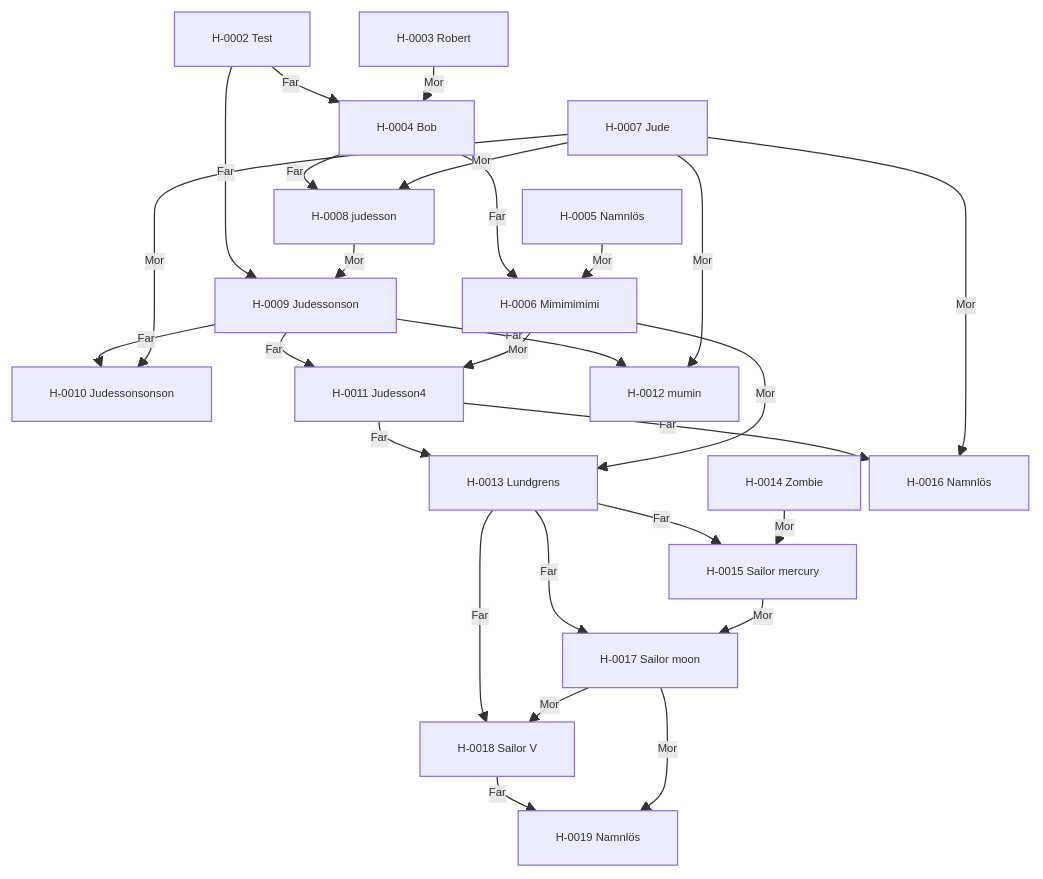
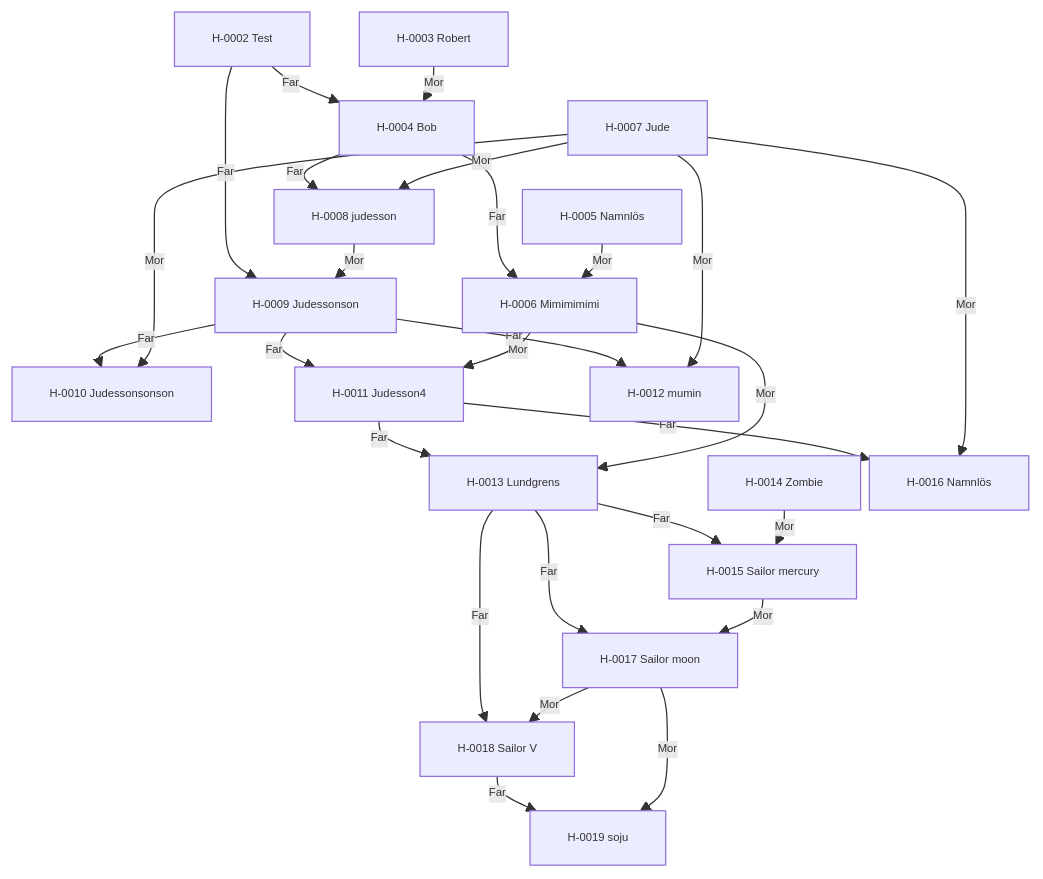
The diagram in content/02. Register/02.3 Stamtavlor/Stamtavla H-0002.md (awoltmp/horse-registry), drawn with Mermaid before and after one commit. The commit also changed other lines of this file and 52 other files, not shown here.

````diff
--- a/content/02. Register/02.3 Stamtavlor/Stamtavla H-0002.md
+++ b/content/02. Register/02.3 Stamtavlor/Stamtavla H-0002.md
@@ -23,49 +23,49 @@
 ```mermaid
 %%{init: {"flowchart": {"nodeSpacing": 7, "rankSpacing": 14, "curve": "basis", "htmlLabels": true}, "themeVariables": {"fontSize": "9px"}}}%%
 flowchart TB
     h0["H-0002 Test"]
     h1["H-0003 Robert"]
     h2["H-0004 Bob"]
     h3["H-0005 Namnlös"]
     h4["H-0006 Mimimimimi"]
     h5["H-0007 Jude"]
     h6["H-0008 judesson"]
     h7["H-0009 Judessonson"]
     h8["H-0010 Judessonsonson"]
     h9["H-0011 Judesson4"]
     h10["H-0012 mumin"]
     h11["H-0013 Lundgrens"]
     h12["H-0014 Zombie"]
     h13["H-0015 Sailor mercury"]
     h14["H-0016 Namnlös"]
     h15["H-0017 Sailor moon"]
     h16["H-0018 Sailor V"]
-    h17["H-0019 Namnlös"]
+    h17["H-0019 soju"]
     h0 -->|Far| h2
     h1 -->|Mor| h2
     h2 -->|Far| h4
     h3 -->|Mor| h4
     h2 -->|Far| h6
     h5 -->|Mor| h6
     h0 -->|Far| h7
     h6 -->|Mor| h7
     h7 -->|Far| h8
     h5 -->|Mor| h8
     h7 -->|Far| h9
     h4 -->|Mor| h9
     h7 -->|Far| h10
     h5 -->|Mor| h10
     h9 -->|Far| h11
     h4 -->|Mor| h11
     h11 -->|Far| h13
     h12 -->|Mor| h13
     h9 -->|Far| h14
     h5 -->|Mor| h14
     h11 -->|Far| h15
     h13 -->|Mor| h15
     h11 -->|Far| h16
     h15 -->|Mor| h16
     h16 -->|Far| h17
     h15 -->|Mor| h17
     class h0,h1,h2,h3,h4,h5,h6,h7,h8,h9,h10,h11,h12,h13,h14,h15,h16,h17 internal-link;
 ```
````
